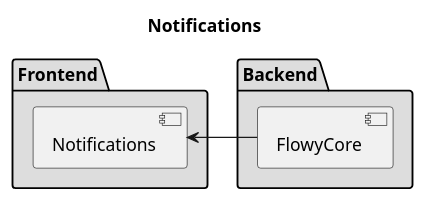
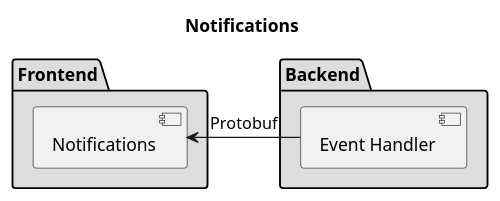
One commit to AppFlowy-IO/AppFlowy-Docs changed the second of 2 diagrams in uml/rust_classes/inter_process_commuciate.plantuml. Above: the diagram before and after it, drawn with PlantUML. The commit also changed other lines of this file and 5 other files, not shown here.

```diff
--- a/uml/rust_classes/inter_process_commuciate.plantuml
+++ b/uml/rust_classes/inter_process_commuciate.plantuml
@@ -15,13 +15,13 @@
 @startuml
 title Notifications
 
 package "Frontend" #DDDDDD {
     component Notifications
 }
 
 package "Backend" #DDDDDD {
-    component FlowyCore
+    component EventHandler as "Event Handler"
 }
 
-Notifications <-r- FlowyCore
+Notifications <-r- EventHandler: Protobuf
 @enduml
```
